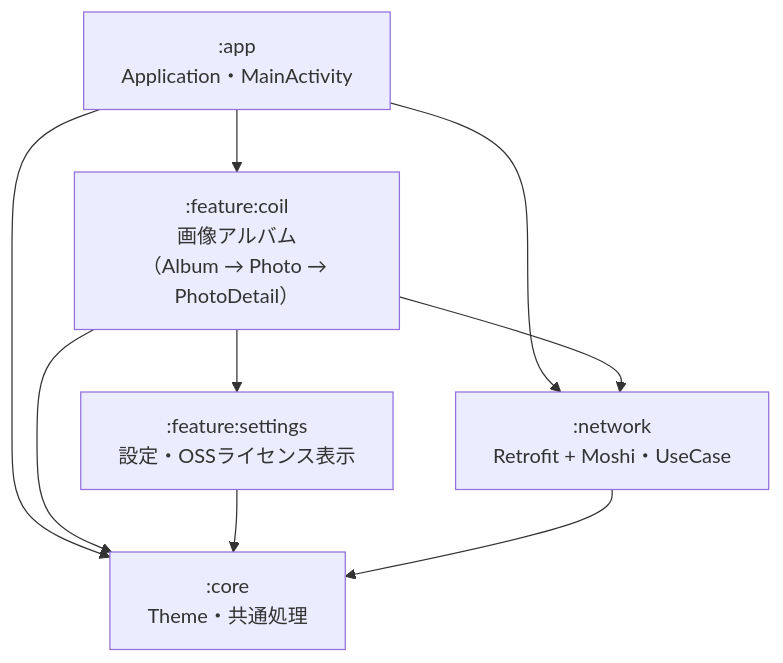
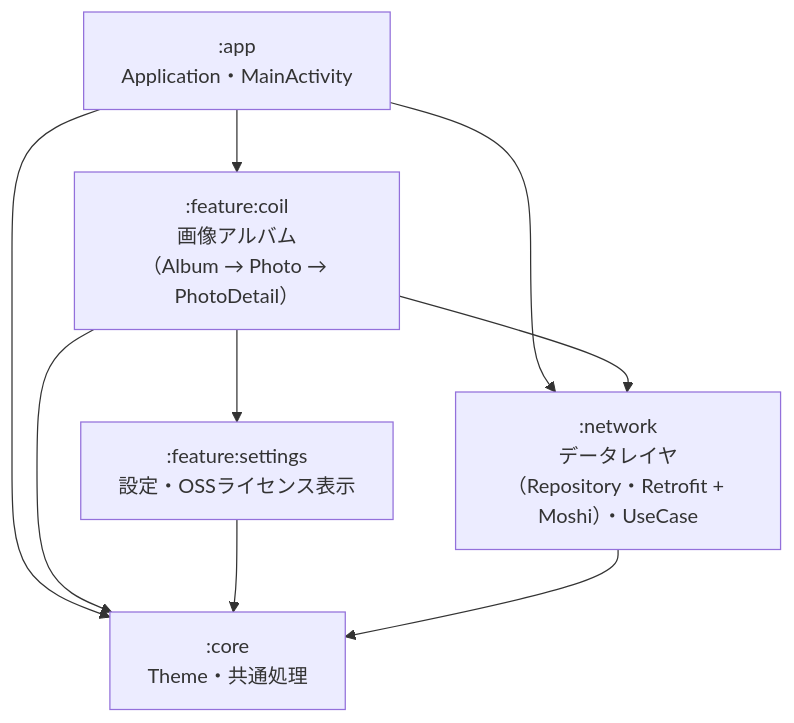
The first of 2 diagrams in README.md (NaCl5alt/sampleAndroidApps), drawn with Mermaid before and after one commit. The commit also changed other lines of this file, not shown here.

Commit message:
READMEに公式の推奨事項との対応を追記し、構成図とテストの説明を更新する

````diff
--- a/README.md
+++ b/README.md
@@ -29,16 +29,16 @@
 ```mermaid
 graph TD
     app[":app<br/>Application・MainActivity"]
     coil[":feature:coil<br/>画像アルバム<br/>（Album → Photo → PhotoDetail）"]
     settings[":feature:settings<br/>設定・OSSライセンス表示"]
-    network[":network<br/>Retrofit + Moshi・UseCase"]
+    network[":network<br/>データレイヤ（Repository・Retrofit + Moshi）・UseCase"]
     core[":core<br/>Theme・共通処理"]
     app --> coil
     app --> network
     app --> core
     coil --> settings
     coil --> network
     coil --> core
     settings --> core
     network --> core
 ```
````
